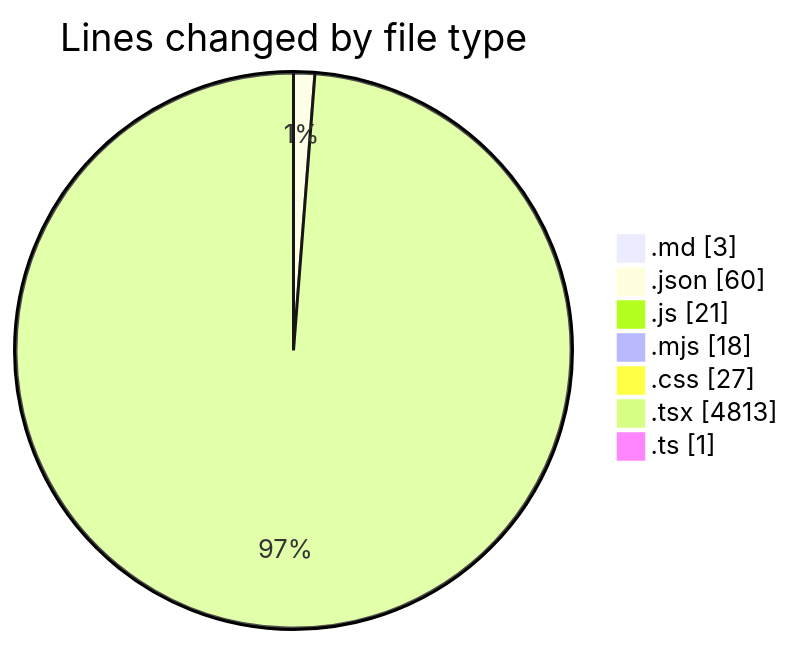
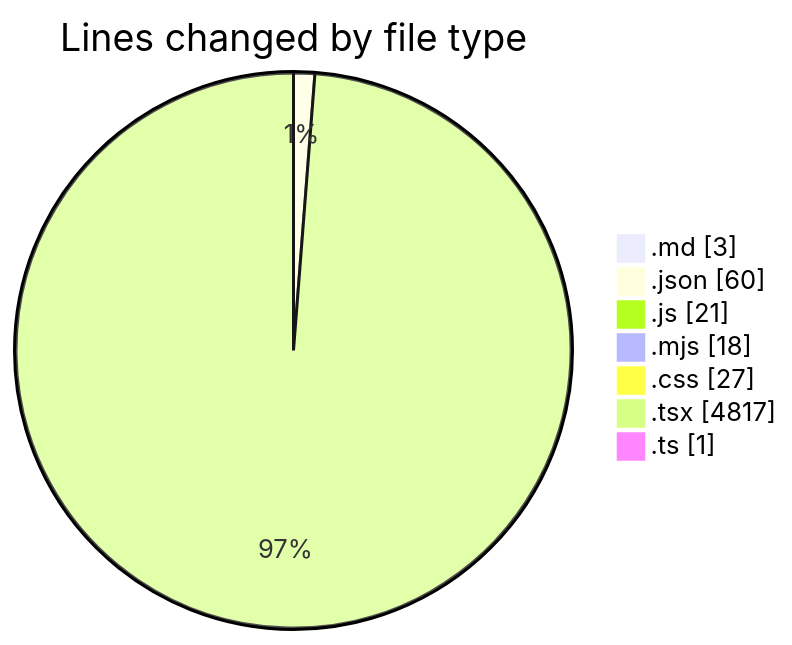
The first of 2 diagrams in 2025-06-18/scopesketch-app/README.md (Ritupan-Deka/code-tracking), drawn with Mermaid before and after one commit. The commit also changed other lines of this file and 1 other file, not shown here.

````diff
--- a/2025-06-18/scopesketch-app/README.md
+++ b/2025-06-18/scopesketch-app/README.md
@@ -31,11 +31,11 @@
 ```mermaid
 pie showData
 title Lines changed by file type
 ".md" : 3
 ".json" : 60
 ".js" : 21
 ".mjs" : 18
 ".css" : 27
-".tsx" : 4813
+".tsx" : 4817
 ".ts" : 1
 ```
````
